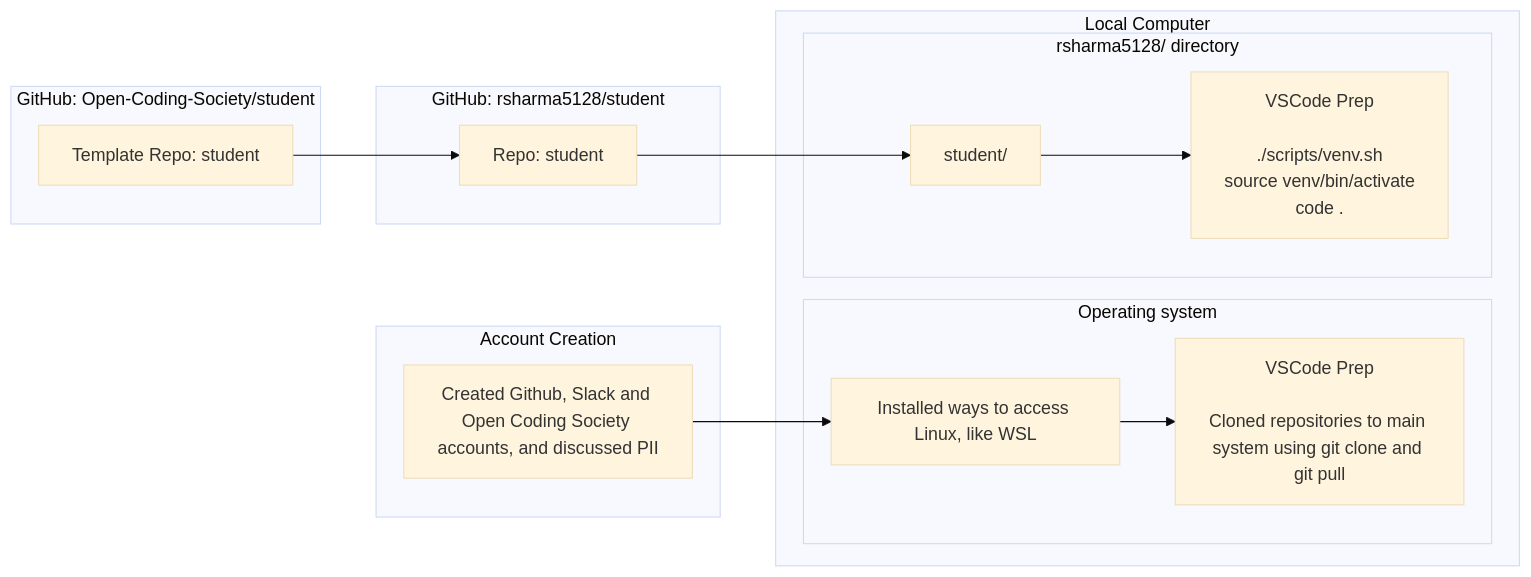
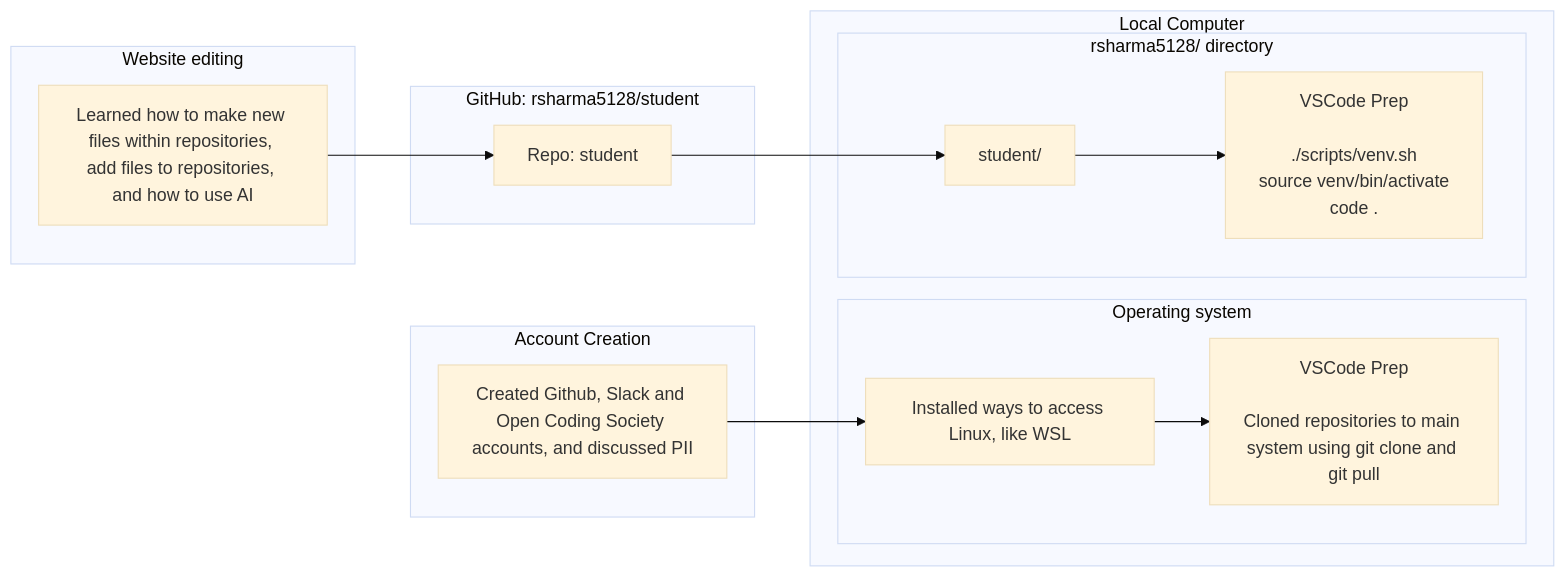
Before and after one commit to rsharma5128/student: the second of 2 diagrams in navigation/journey.md, drawn with Mermaid (base theme).

Commit message:
Changing description of box

````diff
--- a/navigation/journey.md
+++ b/navigation/journey.md
@@ -59,39 +59,39 @@
 ```mermaid
 flowchart LR
     %% GitHub Sources
     subgraph GitHub_Pages[Account Creation]
         A[Created Github, Slack and Open Coding Society accounts, and discussed PII]:::repo
     end
 
-    subgraph GitHub_Template[GitHub: Open-Coding-Society/student]
-        T[Template Repo: student]:::repo
+    subgraph GitHub_Template[Website editing]
+        T[Learned how to make new files within repositories, add files to repositories, and how to use AI]:::repo
     end
 
     subgraph GitHub_Student[GitHub: rsharma5128/student]
         B[Repo: student]:::repo
     end
 
     %% Operating system
     subgraph Local[Local Computer]
         subgraph opencs_dir[Operating system]
             C[Installed ways to access Linux, like WSL]:::local
             Ccmd[VSCode Prep<br/><br/>Cloned repositories to main system using git clone and git pull]:::cmd
         end
         subgraph user_dir[rsharma5128/ directory]
             D[student/]:::local
             Dcmd[VSCode Prep<br/><br/>./scripts/venv.sh<br/>source venv/bin/activate<br/>code .]:::cmd
         end
     end
 
     %% Arrows: cloning
     A --> C
     B --> D
 
     %% Arrows: template relationship
     T --> B
 
     %% Arrows: commands
     C --> Ccmd
     D --> Dcmd
 
 ```
````
